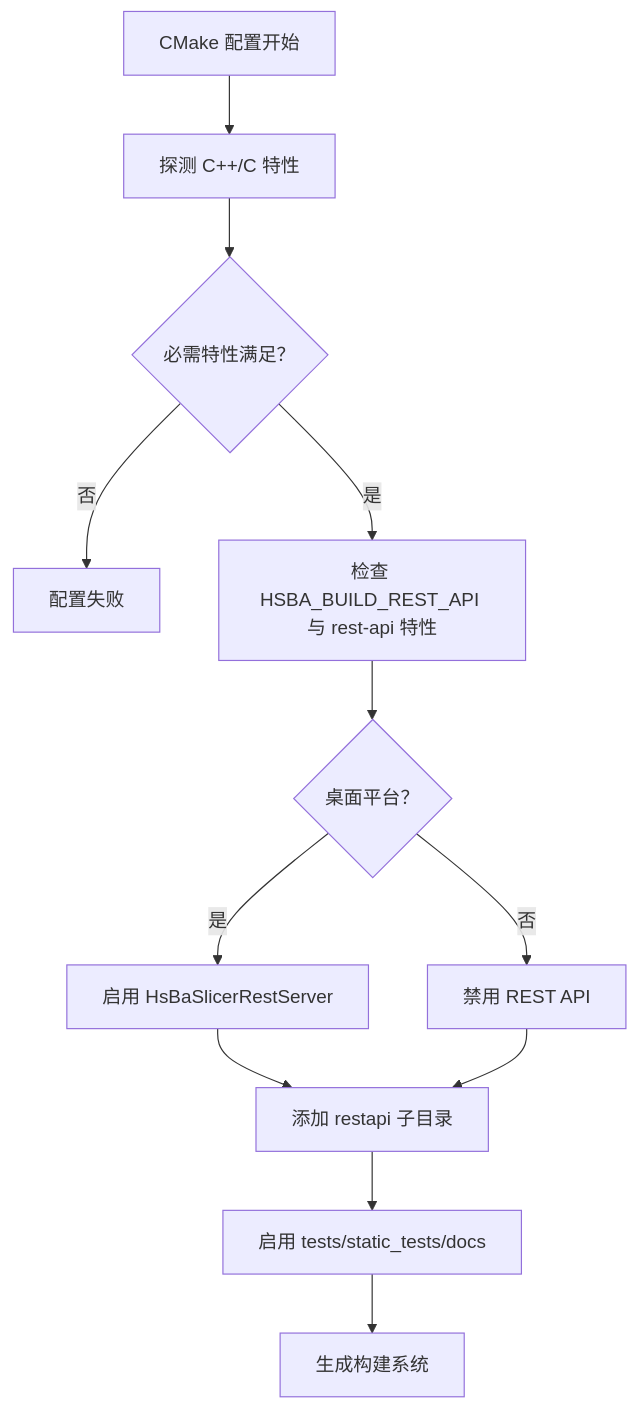
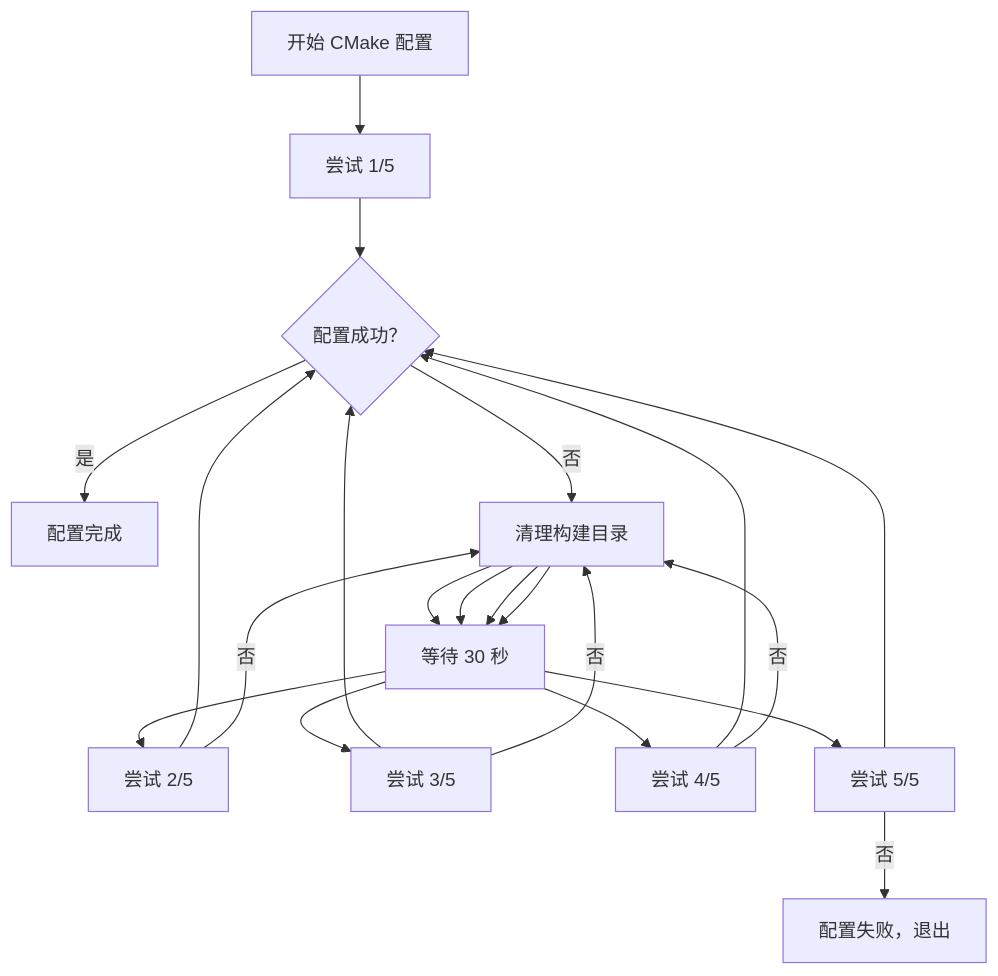
One commit to hsmbanlance/HsBaSlicer changed the fourth of 11 diagrams in .qoder/repowiki/zh/content/开发测试与贡献/CI_CD流水线增强.md. Above: the diagram before and after it, drawn with Mermaid. The commit also changed other lines of this file and 172 other files, not shown here.

````diff
--- a/.qoder/repowiki/zh/content/开发测试与贡献/CI_CD流水线增强.md
+++ b/.qoder/repowiki/zh/content/开发测试与贡献/CI_CD流水线增强.md
@@ -166,14 +216,23 @@
 ```mermaid
 flowchart TD
-Start["CMake 配置开始"] --> Features["探测 C++/C 特性"]
-Features --> CoreOK{"必需特性满足？"}
-CoreOK --> |否| Fail["配置失败"]
-CoreOK --> |是| RestGate["检查 HSBA_BUILD_REST_API 与 rest-api 特性"]
-RestGate --> Desktop{"桌面平台？"}
-Desktop --> |否| DisableRest["禁用 REST API"]
-Desktop --> |是| EnableRest["启用 HsBaSlicerRestServer"]
-EnableRest --> Subdirs["添加 restapi 子目录"]
-DisableRest --> Subdirs
-Subdirs --> Tests["启用 tests/static_tests/docs"]
-Tests --> End["生成构建系统"]
+Start["开始 CMake 配置"] --> Attempt1["尝试 1/5"]
+Attempt1 --> Success{"配置成功？"}
+Success --> |是| Complete["配置完成"]
+Success --> |否| Cleanup["清理构建目录"]
+Cleanup --> Wait["等待 30 秒"]
+Wait --> Attempt2["尝试 2/5"]
+Attempt2 --> Success
+Attempt2 --> |否| Cleanup
+Cleanup --> Wait
+Wait --> Attempt3["尝试 3/5"]
+Attempt3 --> Success
+Attempt3 --> |否| Cleanup
+Cleanup --> Wait
+Wait --> Attempt4["尝试 4/5"]
+Attempt4 --> Success
+Attempt4 --> |否| Cleanup
+Cleanup --> Wait
+Wait --> Attempt5["尝试 5/5"]
+Attempt5 --> Success
+Attempt5 --> |否| Fail["配置失败，退出"]
 ```
````
